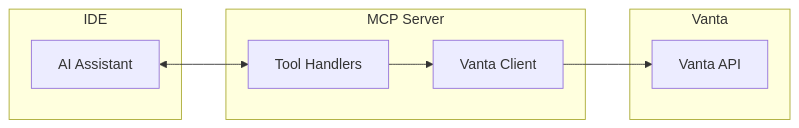
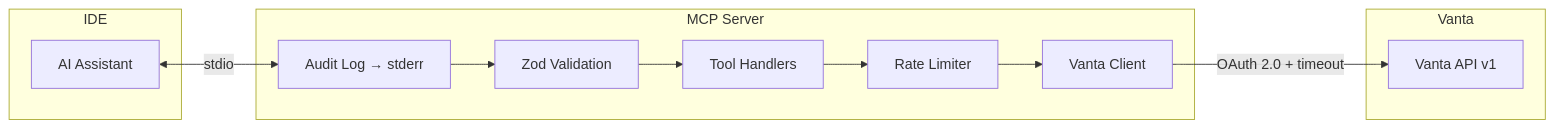
One commit to RiskResponse/vanta-mcp-server changed the diagram in README.md. Above: the diagram before and after it, drawn with Mermaid. The commit also changed other lines of this file and 10 other files, not shown here.

````diff
--- a/README.md
+++ b/README.md
@@ -142,19 +146,25 @@
 ```mermaid
 flowchart LR
     subgraph ide [IDE]
         AI[AI Assistant]
     end
-    
+
     subgraph server [MCP Server]
+        Log[Audit Log → stderr]
+        Validate[Zod Validation]
         Tools[Tool Handlers]
+        RL[Rate Limiter]
         Client[Vanta Client]
     end
-    
+
     subgraph vanta [Vanta]
-        API[Vanta API]
+        API[Vanta API v1]
     end
-    
-    AI <--> Tools
-    Tools --> Client
-    Client --> API
+
+    AI <-->|stdio| Log
+    Log --> Validate
+    Validate --> Tools
+    Tools --> RL
+    RL --> Client
+    Client -->|OAuth 2.0 + timeout| API
 ```
````
